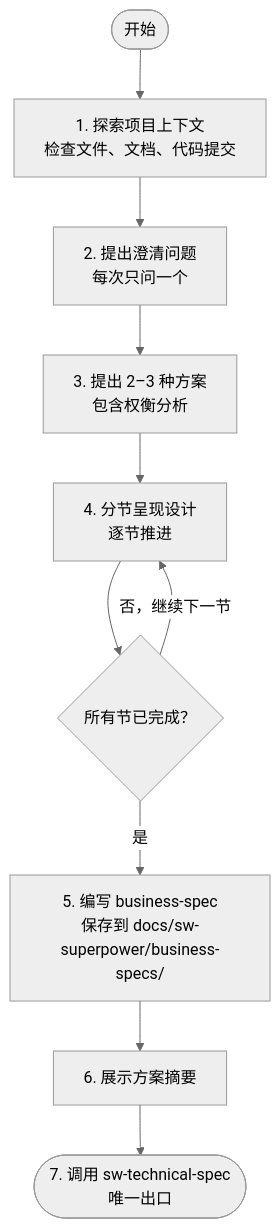
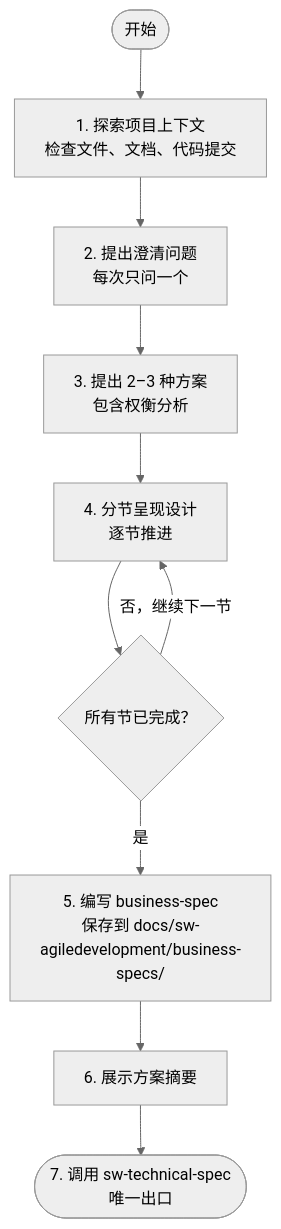
The diagram in sw-requirements-clarification/SKILL.md (vaycentsun/sw-agiledevelopment), drawn with Mermaid (neutral theme) before and after one commit. The commit also changed other lines of this file and 29 other files, not shown here.

First line of the commit message:
Rename project from sw-superpower to sw-agiledevelopment

````diff
--- a/sw-requirements-clarification/SKILL.md
+++ b/sw-requirements-clarification/SKILL.md
@@ -62,12 +62,12 @@
 ```mermaid
 flowchart TD
     Start([开始]) --> Explore[1. 探索项目上下文<br/>检查文件、文档、代码提交]
     Explore --> Questions[2. 提出澄清问题<br/>每次只问一个]
     Questions --> Approaches[3. 提出 2–3 种方案<br/>包含权衡分析]
     Approaches --> Present[4. 分节呈现设计<br/>逐节推进]
     Present --> AllSectionsDone{所有节已完成？}
     AllSectionsDone -->|否，继续下一节| Present
-    AllSectionsDone -->|是| WriteBusinessSpec[5. 编写 business-spec<br/>保存到 docs/sw-superpower/business-specs/]
+    AllSectionsDone -->|是| WriteBusinessSpec[5. 编写 business-spec<br/>保存到 docs/sw-agiledevelopment/business-specs/]
     WriteBusinessSpec --> ShowSummary[6. 展示方案摘要]
     ShowSummary --> InvokeTechnical([7. 调用 sw-technical-spec<br/>唯一出口])
 ```
````
